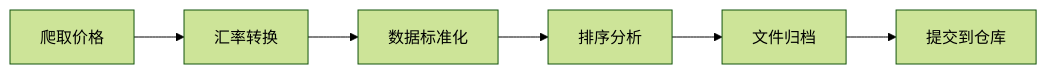
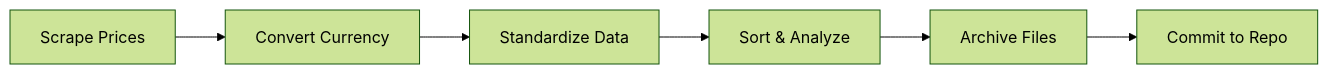
Before and after one commit to SzeMeng76/spotify-prices: the diagram in README.md, drawn with Mermaid (forest theme). The commit also changed other lines of this file, not shown here.

````diff
--- a/README.md
+++ b/README.md
@@ -67,8 +69,8 @@
 ```mermaid
 graph LR
-    A[爬取价格] --> B[汇率转换]
-    B --> C[数据标准化]
-    C --> D[排序分析]
-    D --> E[文件归档]
-    E --> F[提交到仓库]
+    A[Scrape Prices] --> B[Convert Currency]
+    B --> C[Standardize Data]
+    C --> D[Sort & Analyze]
+    D --> E[Archive Files]
+    E --> F[Commit to Repo]
 ```
````
